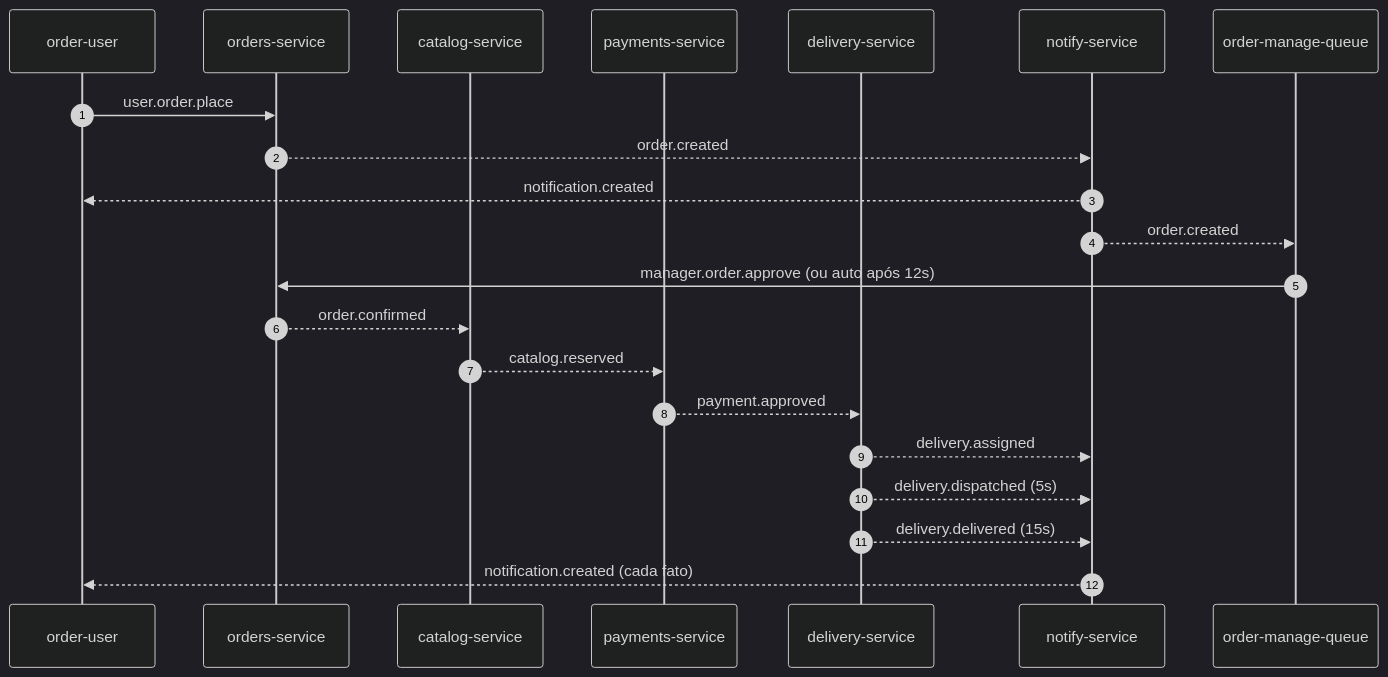
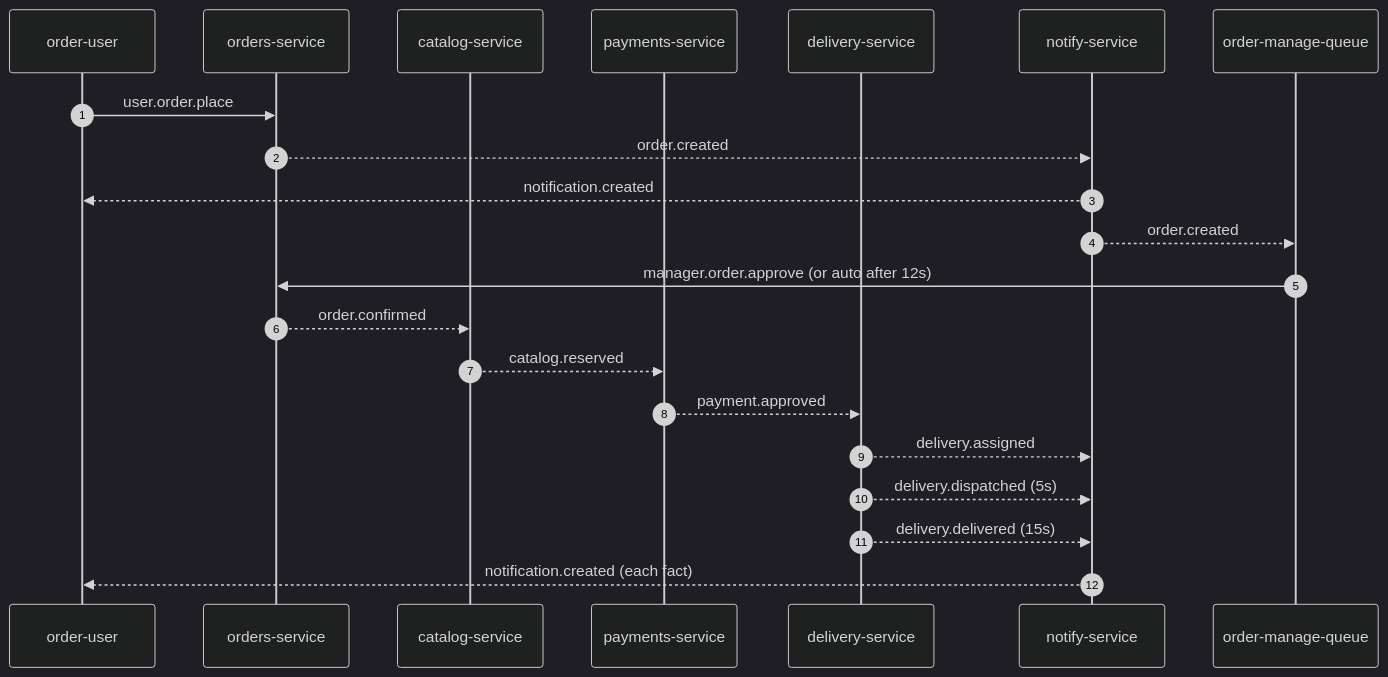
The first of 3 diagrams in docs/architecture.md (fabiossena/microservice-architecture), drawn with Mermaid (dark theme) before and after one commit. The commit also changed other lines of this file and 75 other files, not shown here.

````diff
--- a/docs/architecture.md
+++ b/docs/architecture.md
@@ -38,24 +38,24 @@
 ```mermaid
 sequenceDiagram
     autonumber
     participant U as order-user
     participant O as orders-service
     participant C as catalog-service
     participant P as payments-service
     participant D as delivery-service
     participant N as notify-service
     participant M as order-manage-queue
 
     U->>O: user.order.place
     O-->>N: order.created
     N-->>U: notification.created
     N-->>M: order.created
-    M->>O: manager.order.approve (ou auto após 12s)
+    M->>O: manager.order.approve (or auto after 12s)
     O-->>C: order.confirmed
     C-->>P: catalog.reserved
     P-->>D: payment.approved
     D-->>N: delivery.assigned
     D-->>N: delivery.dispatched (5s)
     D-->>N: delivery.delivered (15s)
-    N-->>U: notification.created (cada fato)
+    N-->>U: notification.created (each fact)
 ```
````
